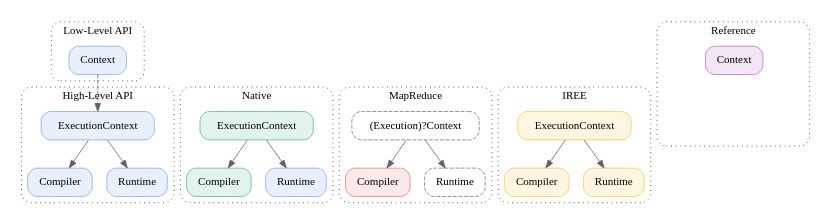
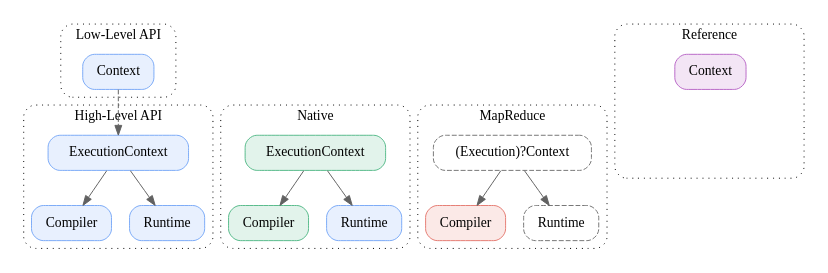
One commit to google-parfait/tensorflow-federated changed the diagram in docs/design/backend.dot. Above: the diagram before and after it, drawn with Graphviz. The commit also changed 17 other files, not shown here.

```diff
--- a/docs/design/backend.dot
+++ b/docs/design/backend.dot
@@ -1,63 +1,54 @@
 digraph {
   graph [style="dotted,rounded", size="7.1 100"]
   node [shape="box", style="rounded,filled"]
   edge [color="#616161"]
   newrank=true
 
   subgraph cluster_low {
     label="Low-Level API"
     core_context [label="Context", fillcolor="#E8F0FE", color="#7BAAF7"]
   }
 
   subgraph cluster_high {
     label="High-Level API"
     core_execution_context [label="ExecutionContext", fillcolor="#E8F0FE", color="#7BAAF7"]
     core_compiler [label="Compiler", fillcolor="#E8F0FE", color="#7BAAF7"]
     core_runtime [label="Runtime", fillcolor="#E8F0FE", color="#7BAAF7"]
     core_execution_context -> core_compiler
     core_execution_context -> core_runtime
   }
 
   core_context -> core_execution_context [style="dashed"]
 
   subgraph cluster_native {
     label="Native"
     native_context [label="ExecutionContext", href="#context", target="_parent", fillcolor="#E2F3EB", color="#57BB8A"]
     native_compiler [label="Compiler", href="#compiler", target="_parent", fillcolor="#E2F3EB", color="#57BB8A"]
     native_runtime [label="Runtime", href="#runtime", target="_parent", fillcolor="#E8F0FE", color="#7BAAF7"]
     native_context -> native_compiler
     native_context -> native_runtime
   }
 
   subgraph cluster_mapreduce {
     label="MapReduce"
     mapreduce_context [label="(Execution)?Context", href="#context-2", target="_parent", style="dashed,rounded", fillcolor="#FFFFFF", color="#757575"]
     mapreduce_compiler [label="Compiler", href="#compiler-2", target="_parent", fillcolor="#FBE9E7", color="#E67C73"]
     mapreduce_runtime [label="Runtime", href="#runtime-2", target="_parent", style="dashed,rounded", fillcolor="#FFFFFF", color="#757575"]
     mapreduce_context -> mapreduce_compiler
     mapreduce_context -> mapreduce_runtime
   }
 
-  subgraph cluster_iree {
-    label="IREE"
-    iree_context [label="ExecutionContext", href="#context-3", target="_parent", fillcolor="#FEF6E0", color="#F7CB4D"]
-    iree_compiler [label="Compiler", href="#compiler-3", target="_parent", fillcolor="#FEF6E0", color="#F7CB4D"]
-    iree_runtime [label="Runtime", href="#runtime-3", target="_parent", fillcolor="#FEF6E0", color="#F7CB4D"]
-    iree_context -> iree_compiler
-    iree_context -> iree_runtime
-  }
-
   subgraph cluster_reference {
     label="Reference"
     reference_context [label="Context", href="#reference", target="_parent", fillcolor="#F3E5F5", color="#BA68C8"]
     reference_compiler [label="Compiler", style="invisible"]
     reference_runtime [label="Runtime", style="invisible"]
     reference_context -> reference_compiler [arrowhead="none", style="invisible"]
     reference_context -> reference_runtime [arrowhead="none", style="invisible"]
   }
 
   // Layout
   {rank=same; core_context, reference_context}
-  {rank=same; core_execution_context, native_context, mapreduce_context, iree_context}
-  {rank=same; core_compiler, core_runtime, native_compiler, native_runtime, mapreduce_compiler, mapreduce_runtime, iree_compiler, iree_runtime}
+  {rank=same; core_execution_context, native_context, mapreduce_context}
+  {rank=same; core_compiler, core_runtime, native_compiler, native_runtime, mapreduce_compiler, mapreduce_runtime}
 }
```
